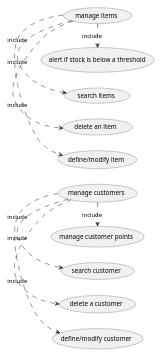
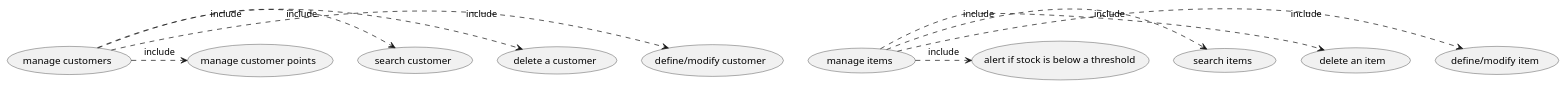
The third of 6 diagrams in Deliverables/RequirementsDocument.md (djemar/softeng_ezshop), drawn with PlantUML before and after one commit. The commit also changed other lines of this file, not shown here.

````diff
--- a/Deliverables/RequirementsDocument.md
+++ b/Deliverables/RequirementsDocument.md
@@ -227,15 +203,13 @@
 ```plantuml
 
-left to right direction
-scale 225 width
-
+top to bottom direction
 (manage customers) .> (define/modify customer) : include
 (manage customers) .> (delete a customer) : include
 (manage customers) .> (search customer) : include
 (manage customers) .> (manage customer points) : include
 (manage items) .> (define/modify item) : include
 (manage items) .> (delete an item ) : include
 (manage items) .> (search items) : include
 (manage items) .> (alert if stock is below a threshold) : include
 
 ```
````
